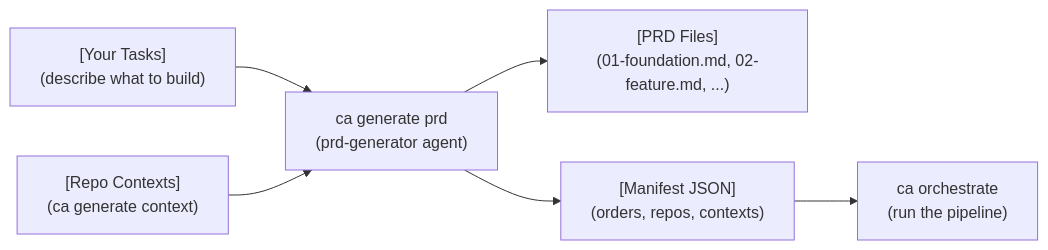
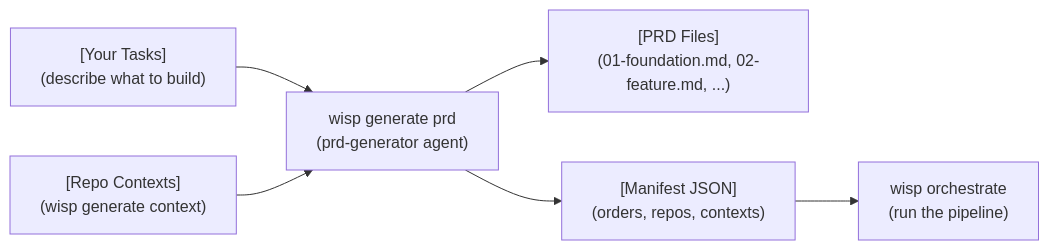
One commit to delehner/wisp changed the second of 8 diagrams in docs/pipeline-overview.md. Above: the diagram before and after it, drawn with Mermaid. The commit also changed other lines of this file and 16 other files, not shown here.

````diff
--- a/docs/pipeline-overview.md
+++ b/docs/pipeline-overview.md
@@ -53,10 +53,10 @@
 ```mermaid
 flowchart LR
     Input["[Your Tasks]\n(describe what to build)"]
-    Ctx["[Repo Contexts]\n(ca generate context)"]
-    Input --> Gen["ca generate prd\n(prd-generator agent)"]
+    Ctx["[Repo Contexts]\n(wisp generate context)"]
+    Input --> Gen["wisp generate prd\n(prd-generator agent)"]
     Ctx --> Gen
     Gen --> PRDs["[PRD Files]\n(01-foundation.md, 02-feature.md, ...)"]
     Gen --> Manifest["[Manifest JSON]\n(orders, repos, contexts)"]
-    Manifest --> Orch["ca orchestrate\n(run the pipeline)"]
+    Manifest --> Orch["wisp orchestrate\n(run the pipeline)"]
 ```
````
